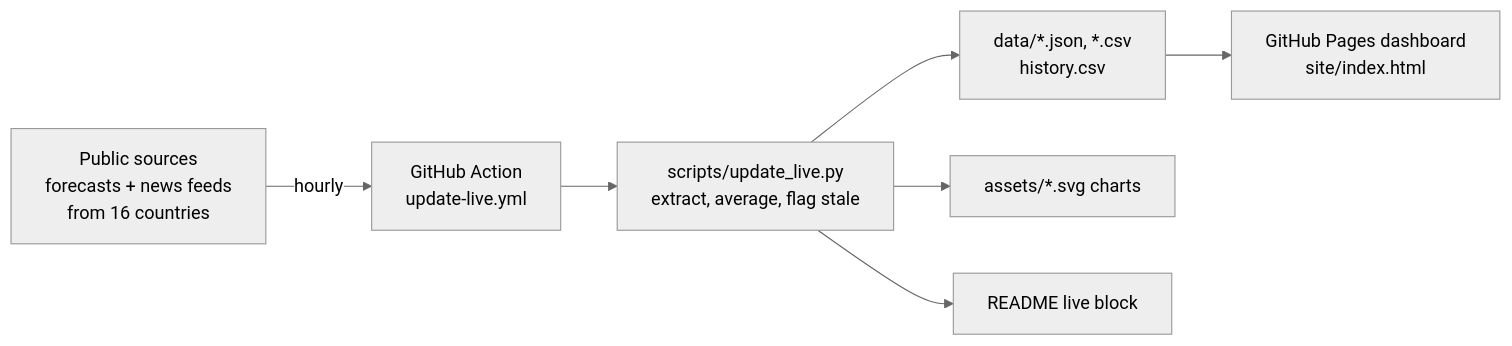
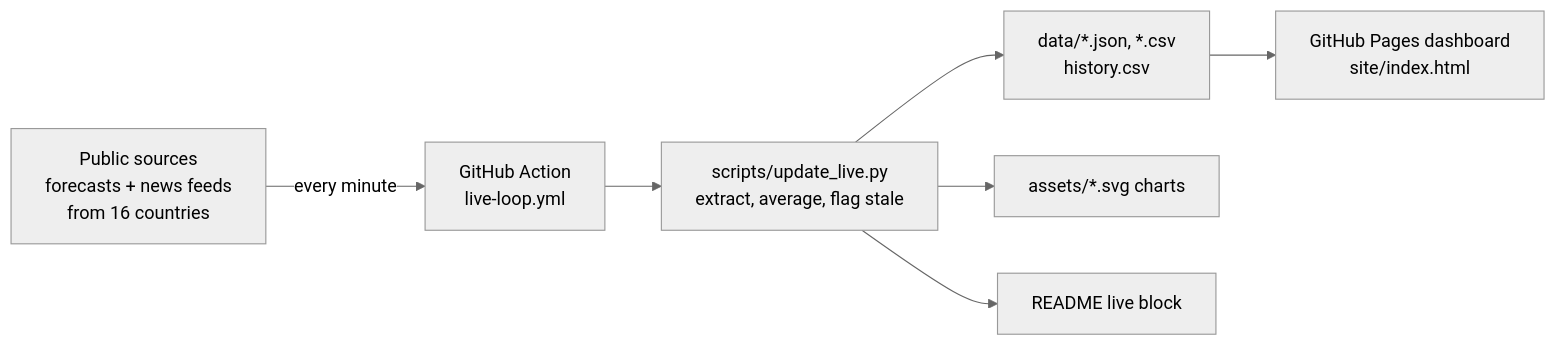
The second of 2 diagrams in README.md (AravindB98/us-midterm-elections-2026-), drawn with Mermaid (neutral theme) before and after one commit. The commit also changed other lines of this file and 14 other files, not shown here.

First line of the commit message:
Live Desk redesign: gauges, source spread, Senate Monte Carlo simulator, tile map, polls by lean, world watch, methodology and open data; 1-minute live loop

````diff
--- a/README.md
+++ b/README.md
@@ -173,9 +173,9 @@
 ```mermaid
 flowchart LR
-    S[Public sources<br/>forecasts + news feeds<br/>from 16 countries] -->|hourly| A[GitHub Action<br/>update-live.yml]
+    S[Public sources<br/>forecasts + news feeds<br/>from 16 countries] -->|every minute| A[GitHub Action<br/>live-loop.yml]
     A --> P[scripts/update_live.py<br/>extract, average, flag stale]
     P --> D[data/*.json, *.csv<br/>history.csv]
     P --> C[assets/*.svg charts]
     P --> R[README live block]
     D --> W[GitHub Pages dashboard<br/>site/index.html]
 ```
````
